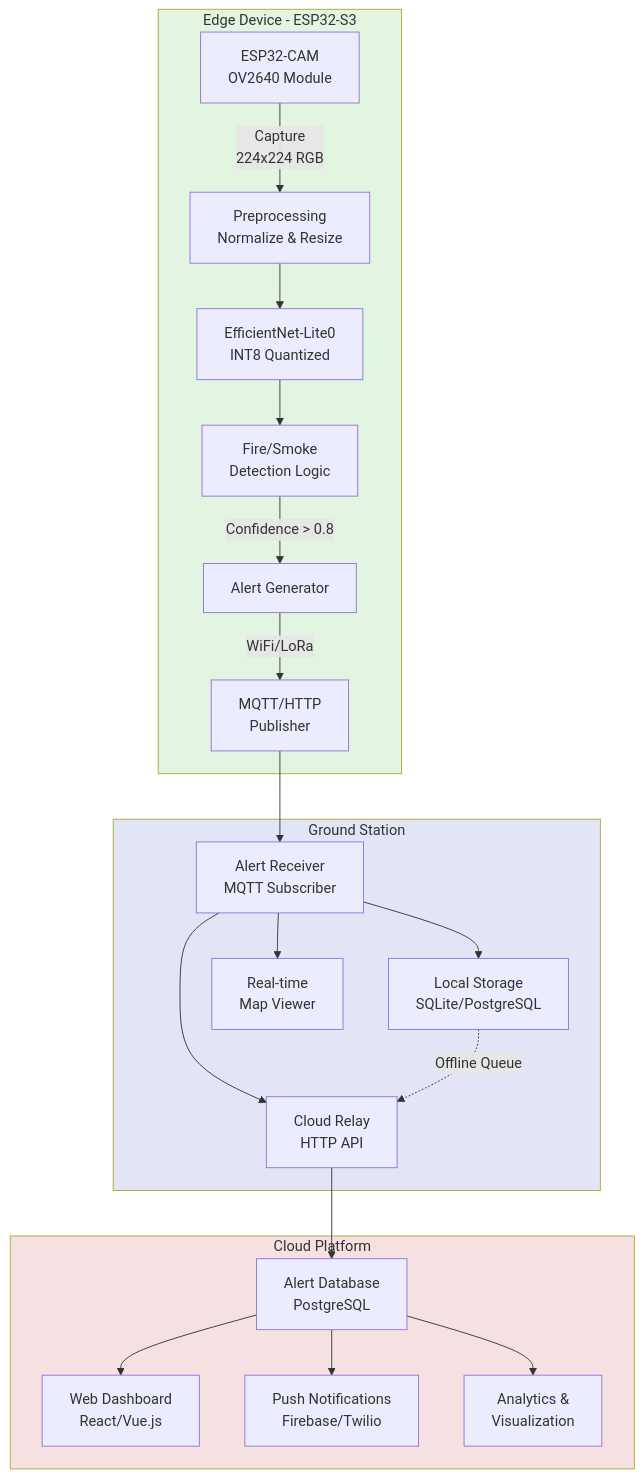
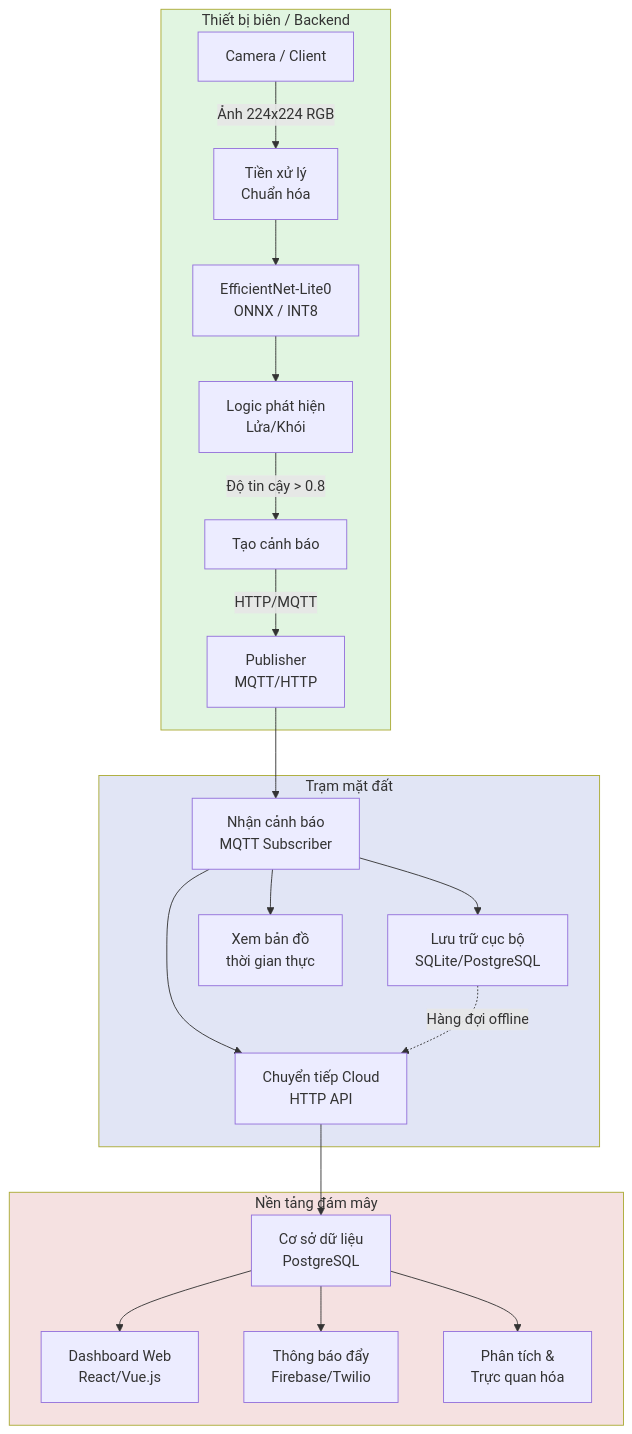
The diagram in README.md (tigonguyen/edge-fire-detection), drawn with Mermaid before and after one commit. The commit also changed other lines of this file and 7 other files, not shown here.

````diff
--- a/README.md
+++ b/README.md
@@ -13,29 +89,29 @@
 ```mermaid
 graph TB
-    subgraph edge[Edge Device - ESP32-S3]
-        camera[ESP32-CAM<br/>OV2640 Module] -->|Capture<br/>224x224 RGB| preprocess[Preprocessing<br/>Normalize & Resize]
-        preprocess --> inference[EfficientNet-Lite0<br/>INT8 Quantized]
-        inference --> detection[Fire/Smoke<br/>Detection Logic]
-        detection -->|Confidence > 0.8| alert[Alert Generator]
-        alert -->|WiFi/LoRa| mqtt[MQTT/HTTP<br/>Publisher]
+    subgraph edge[Thiết bị biên / Backend]
+        camera[Camera / Client] -->|Ảnh 224x224 RGB| preprocess[Tiền xử lý<br/>Chuẩn hóa]
+        preprocess --> inference[EfficientNet-Lite0<br/>ONNX / INT8]
+        inference --> detection[Logic phát hiện<br/>Lửa/Khói]
+        detection -->|Độ tin cậy > 0.8| alert[Tạo cảnh báo]
+        alert -->|HTTP/MQTT| mqtt[Publisher<br/>MQTT/HTTP]
     end
     
-    subgraph ground[Ground Station]
-        mqtt --> receiver[Alert Receiver<br/>MQTT Subscriber]
-        receiver --> storage[Local Storage<br/>SQLite/PostgreSQL]
-        receiver --> relay[Cloud Relay<br/>HTTP API]
-        receiver --> map[Real-time<br/>Map Viewer]
-        storage -.->|Offline Queue| relay
+    subgraph ground[Trạm mặt đất]
+        mqtt --> receiver[Nhận cảnh báo<br/>MQTT Subscriber]
+        receiver --> storage[Lưu trữ cục bộ<br/>SQLite/PostgreSQL]
+        receiver --> relay[Chuyển tiếp Cloud<br/>HTTP API]
+        receiver --> map[Xem bản đồ<br/>thời gian thực]
+        storage -.->|Hàng đợi offline| relay
     end
     
-    subgraph cloud[Cloud Platform]
-        relay --> database[Alert Database<br/>PostgreSQL]
-        database --> dashboard[Web Dashboard<br/>React/Vue.js]
-        database --> notification[Push Notifications<br/>Firebase/Twilio]
-        database --> analytics[Analytics &<br/>Visualization]
+    subgraph cloud[Nền tảng đám mây]
+        relay --> database[Cơ sở dữ liệu<br/>PostgreSQL]
+        database --> dashboard[Dashboard Web<br/>React/Vue.js]
+        database --> notification[Thông báo đẩy<br/>Firebase/Twilio]
+        database --> analytics[Phân tích &<br/>Trực quan hóa]
     end
     
     style edge fill:#e1f5e1
     style ground fill:#e1e5f5
     style cloud fill:#f5e1e1
 ```
````
